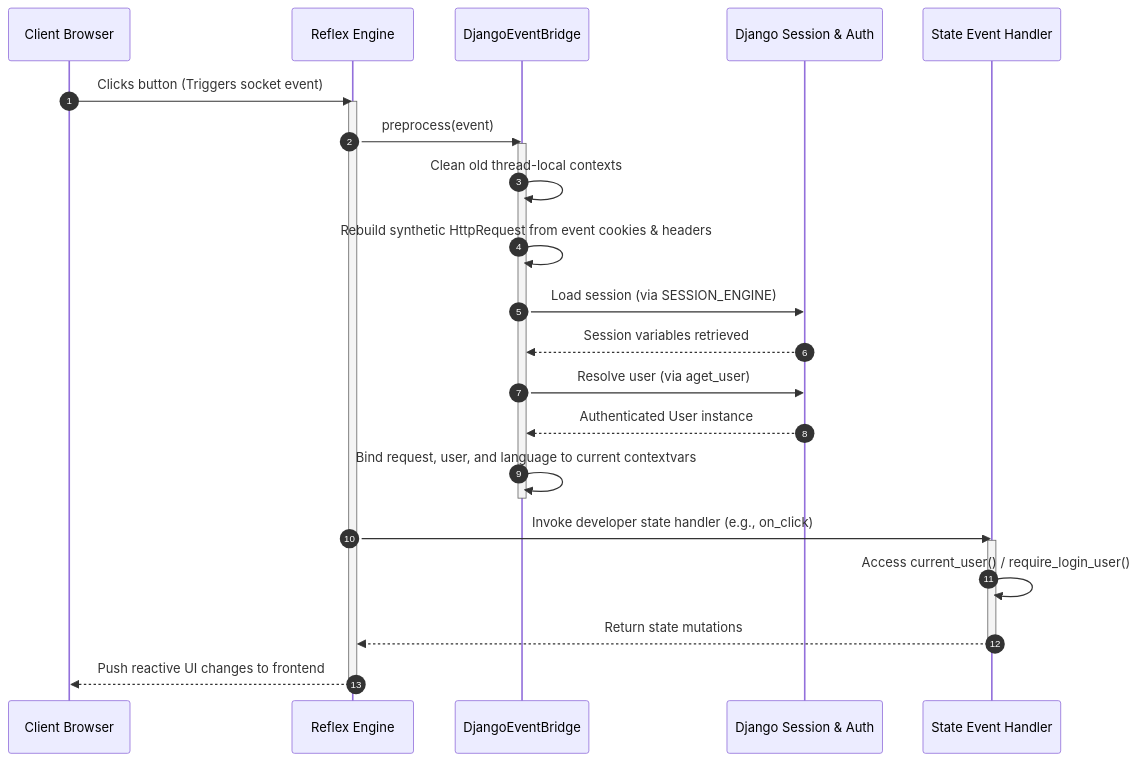
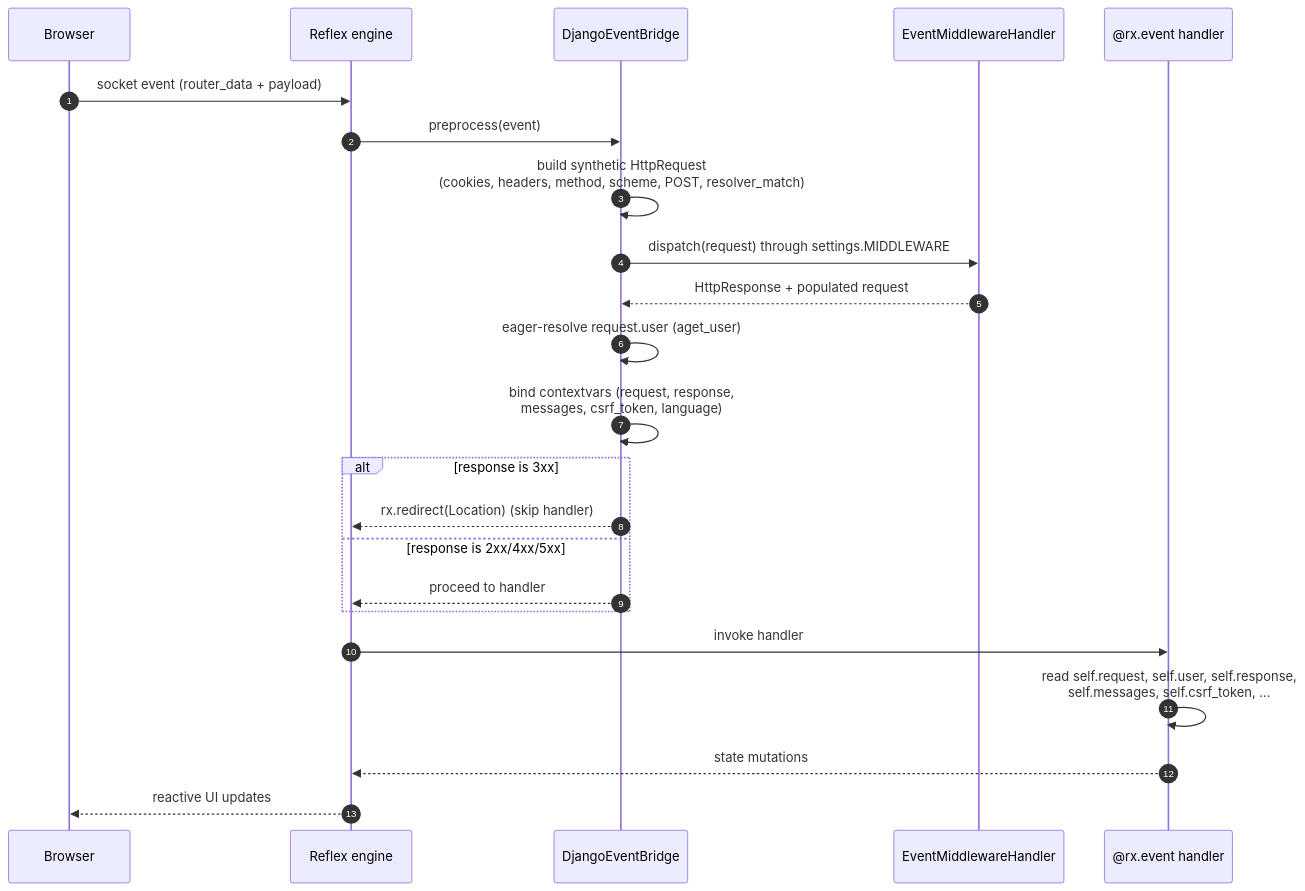
One commit to web7ai/reflex-django changed the third of 4 diagrams in docs/architecture.md. Above: the diagram before and after it, drawn with Mermaid. The commit also changed other lines of this file and 11 other files, not shown here.

Commit message:
docs: enhance architecture, CLI, configuration, and deployment documentation for `reflex-django`; clarify single ASGI process model, update command usage, and refine configuration details for improved user understanding

````diff
--- a/docs/architecture.md
+++ b/docs/architecture.md
@@ -116,29 +158,26 @@
 ```mermaid
 sequenceDiagram
     autonumber
-    participant Browser as Client Browser
-    participant Reflex as Reflex Engine
+    participant Browser
+    participant Reflex as Reflex engine
     participant Bridge as DjangoEventBridge
-    participant Django as Django Session & Auth
-    participant State as State Event Handler
+    participant Handler as EventMiddlewareHandler
+    participant State as @rx.event handler
 
-    Browser->>Reflex: Clicks button (Triggers socket event)
-    activate Reflex
+    Browser->>Reflex: socket event (router_data + payload)
     Reflex->>Bridge: preprocess(event)
-    activate Bridge
-    Bridge->>Bridge: Clean old thread-local contexts
-    Bridge->>Bridge: Rebuild synthetic HttpRequest from event cookies & headers
-    Bridge->>Django: Load session (via SESSION_ENGINE)
-    Django-->>Bridge: Session variables retrieved
-    Bridge->>Django: Resolve user (via aget_user)
-    Django-->>Bridge: Authenticated User instance
-    Bridge->>Bridge: Bind request, user, and language to current contextvars
-    deactivate Bridge
-    Reflex->>State: Invoke developer state handler (e.g., on_click)
-    activate State
-    State->>State: Access current_user() / require_login_user()
-    State-->>Reflex: Return state mutations
-    deactivate State
-    Reflex-->>Browser: Push reactive UI changes to frontend
-    deactivate Reflex
+    Bridge->>Bridge: build synthetic HttpRequest<br/>(cookies, headers, method, scheme, POST, resolver_match)
+    Bridge->>Handler: dispatch(request) through settings.MIDDLEWARE
+    Handler-->>Bridge: HttpResponse + populated request
+    Bridge->>Bridge: eager-resolve request.user (aget_user)
+    Bridge->>Bridge: bind contextvars (request, response,<br/>messages, csrf_token, language)
+    alt response is 3xx
+        Bridge-->>Reflex: rx.redirect(Location) (skip handler)
+    else response is 2xx/4xx/5xx
+        Bridge-->>Reflex: proceed to handler
+    end
+    Reflex->>State: invoke handler
+    State->>State: read self.request, self.user, self.response,<br/>self.messages, self.csrf_token, …
+    State-->>Reflex: state mutations
+    Reflex-->>Browser: reactive UI updates
 ```
````
